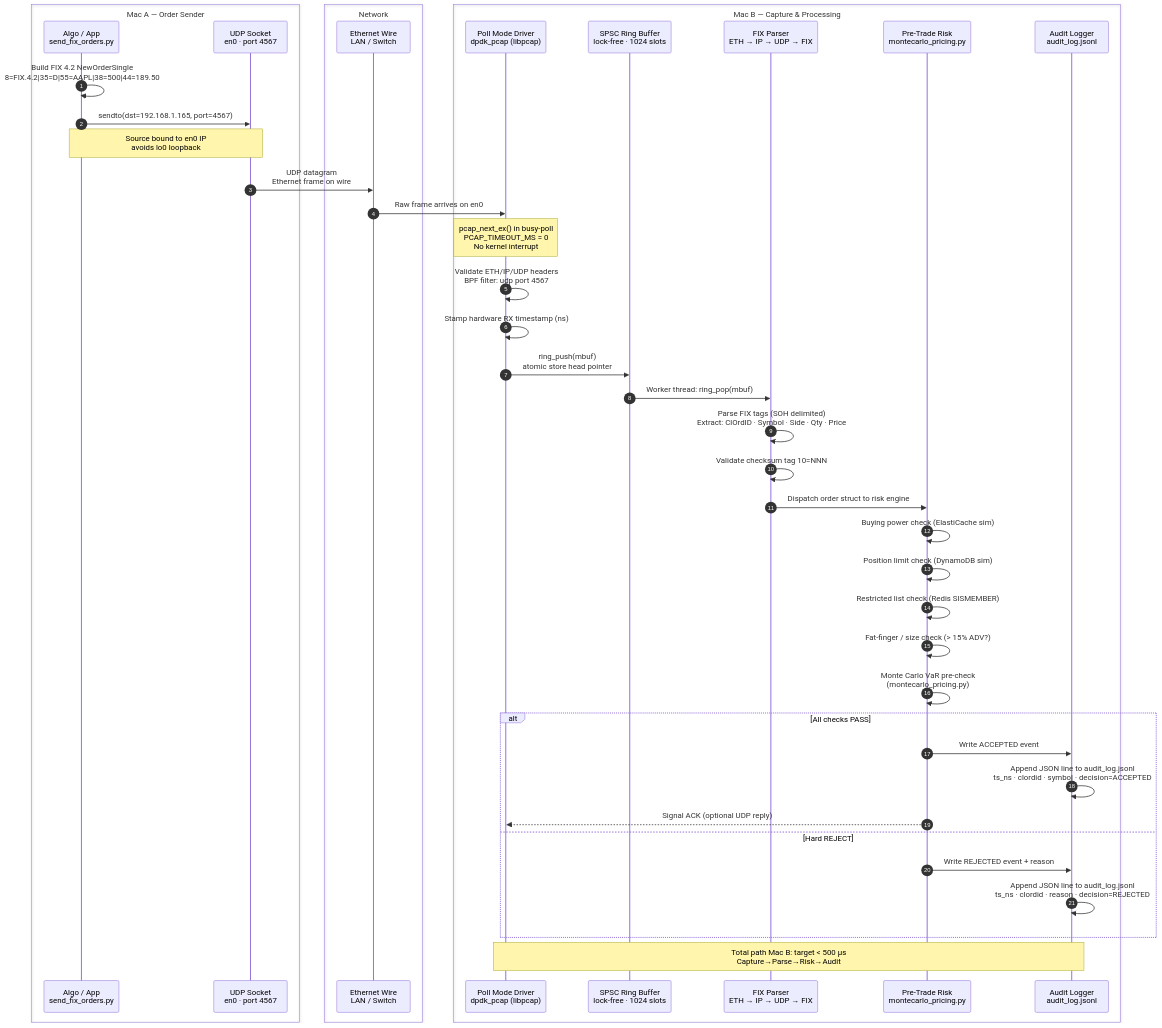
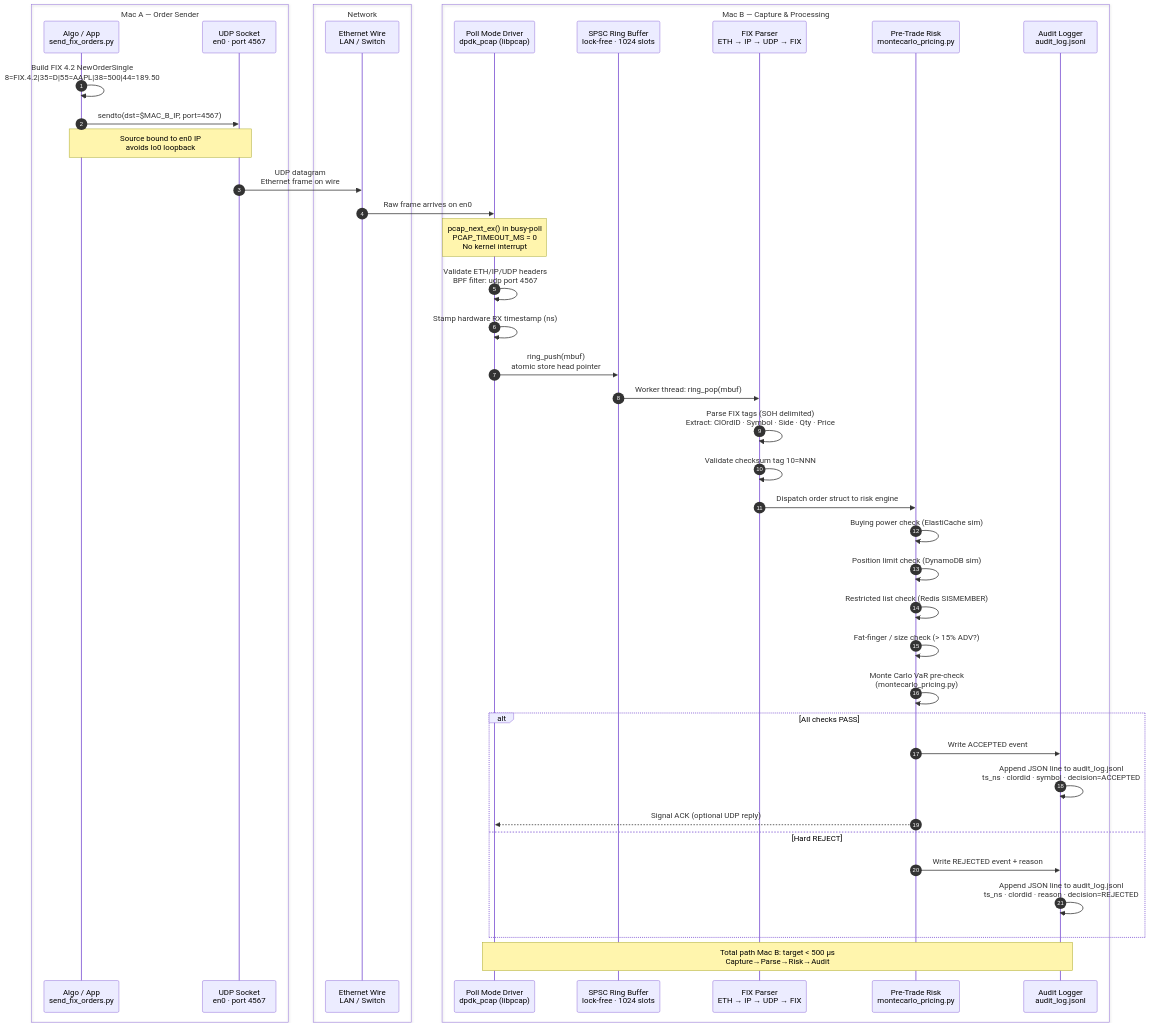
Before and after one commit to vpremk/DPDK: the first of 2 diagrams in README.md, drawn with Mermaid. The commit also changed other lines of this file and 27 other files, not shown here.

````diff
--- a/README.md
+++ b/README.md
@@ -25,56 +271,56 @@
 ```mermaid
 sequenceDiagram
     autonumber
 
     box Mac A — Order Sender
         participant APP  as Algo / App<br/>send_fix_orders.py
         participant SOCK as UDP Socket<br/>en0 · port 4567
     end
 
     box Network
         participant WIRE as Ethernet Wire<br/>LAN / Switch
     end
 
     box Mac B — Capture & Processing
         participant PMD  as Poll Mode Driver<br/>dpdk_pcap (libpcap)
         participant RING as SPSC Ring Buffer<br/>lock-free · 1024 slots
         participant FIX  as FIX Parser<br/>ETH → IP → UDP → FIX
         participant RISK as Pre-Trade Risk<br/>montecarlo_pricing.py
         participant AUDIT as Audit Logger<br/>audit_log.jsonl
     end
 
     APP->>APP: Build FIX 4.2 NewOrderSingle<br/>8=FIX.4.2|35=D|55=AAPL|38=500|44=189.50
-    APP->>SOCK: sendto(dst=192.168.1.165, port=4567)
+    APP->>SOCK: sendto(dst=$MAC_B_IP, port=4567)
     note over APP,SOCK: Source bound to en0 IP<br/>avoids lo0 loopback
 
     SOCK->>WIRE: UDP datagram<br/>Ethernet frame on wire
 
     WIRE->>PMD: Raw frame arrives on en0
     note over PMD: pcap_next_ex() in busy-poll<br/>PCAP_TIMEOUT_MS = 0<br/>No kernel interrupt
 
     PMD->>PMD: Validate ETH/IP/UDP headers<br/>BPF filter: udp port 4567
     PMD->>PMD: Stamp hardware RX timestamp (ns)
     PMD->>RING: ring_push(mbuf)<br/>atomic store head pointer
 
     RING->>FIX: Worker thread: ring_pop(mbuf)
     FIX->>FIX: Parse FIX tags (SOH delimited)<br/>Extract: ClOrdID · Symbol · Side · Qty · Price
     FIX->>FIX: Validate checksum tag 10=NNN
 
     FIX->>RISK: Dispatch order struct to risk engine
     RISK->>RISK: Buying power check (ElastiCache sim)
     RISK->>RISK: Position limit check (DynamoDB sim)
     RISK->>RISK: Restricted list check (Redis SISMEMBER)
     RISK->>RISK: Fat-finger / size check (> 15% ADV?)
     RISK->>RISK: Monte Carlo VaR pre-check<br/>(montecarlo_pricing.py)
 
     alt All checks PASS
         RISK->>AUDIT: Write ACCEPTED event
         AUDIT->>AUDIT: Append JSON line to audit_log.jsonl<br/>ts_ns · clordid · symbol · decision=ACCEPTED
         RISK-->>PMD: Signal ACK (optional UDP reply)
     else Hard REJECT
         RISK->>AUDIT: Write REJECTED event + reason
         AUDIT->>AUDIT: Append JSON line to audit_log.jsonl<br/>ts_ns · clordid · reason · decision=REJECTED
     end
 
     note over PMD,AUDIT: Total path Mac B: target < 500 µs<br/>Capture→Parse→Risk→Audit
 ```
````
